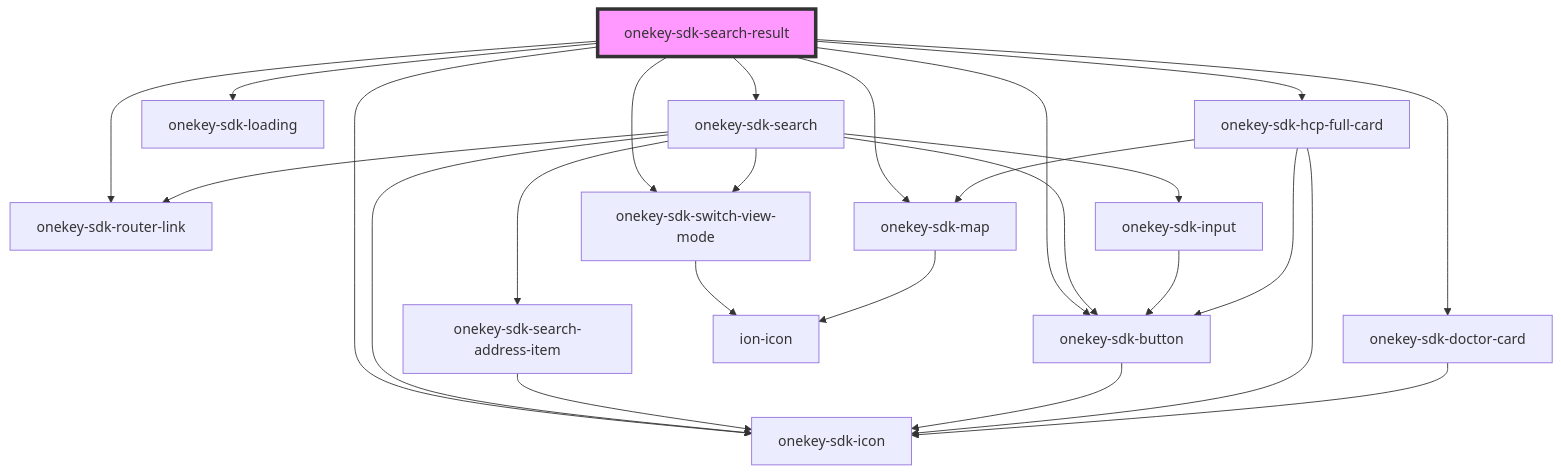
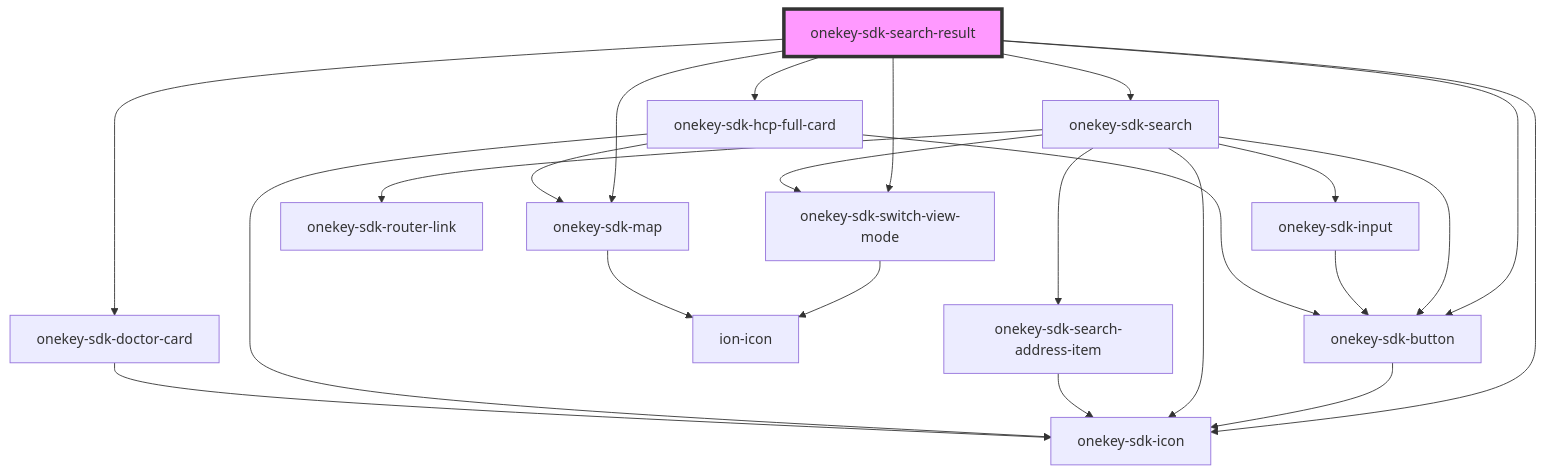
The diagram in packages/onekey-sdk-web-ui/docs/components/screens/onekey-sdk-search-result/readme.md (hcl-sdk/HealthCareLocatorWebSDK), drawn with Mermaid before and after one commit. The commit also changed other lines of this file and 12 other files, not shown here.

````diff
--- a/packages/onekey-sdk-web-ui/docs/components/screens/onekey-sdk-search-result/readme.md
+++ b/packages/onekey-sdk-web-ui/docs/components/screens/onekey-sdk-search-result/readme.md
@@ -23,28 +21,26 @@
 ```mermaid
 graph TD;
-  onekey-sdk-search-result --> onekey-sdk-router-link
+  onekey-sdk-search-result --> onekey-sdk-button
+  onekey-sdk-search-result --> onekey-sdk-switch-view-mode
   onekey-sdk-search-result --> onekey-sdk-icon
   onekey-sdk-search-result --> onekey-sdk-search
-  onekey-sdk-search-result --> onekey-sdk-loading
   onekey-sdk-search-result --> onekey-sdk-hcp-full-card
-  onekey-sdk-search-result --> onekey-sdk-switch-view-mode
   onekey-sdk-search-result --> onekey-sdk-doctor-card
-  onekey-sdk-search-result --> onekey-sdk-button
   onekey-sdk-search-result --> onekey-sdk-map
+  onekey-sdk-button --> onekey-sdk-icon
+  onekey-sdk-switch-view-mode --> ion-icon
   onekey-sdk-search --> onekey-sdk-search-address-item
   onekey-sdk-search --> onekey-sdk-router-link
   onekey-sdk-search --> onekey-sdk-icon
   onekey-sdk-search --> onekey-sdk-input
   onekey-sdk-search --> onekey-sdk-button
   onekey-sdk-search --> onekey-sdk-switch-view-mode
   onekey-sdk-search-address-item --> onekey-sdk-icon
   onekey-sdk-input --> onekey-sdk-button
-  onekey-sdk-button --> onekey-sdk-icon
-  onekey-sdk-switch-view-mode --> ion-icon
   onekey-sdk-hcp-full-card --> onekey-sdk-button
   onekey-sdk-hcp-full-card --> onekey-sdk-icon
   onekey-sdk-hcp-full-card --> onekey-sdk-map
   onekey-sdk-map --> ion-icon
   onekey-sdk-doctor-card --> onekey-sdk-icon
   style onekey-sdk-search-result fill:#f9f,stroke:#333,stroke-width:4px
 ```
````
